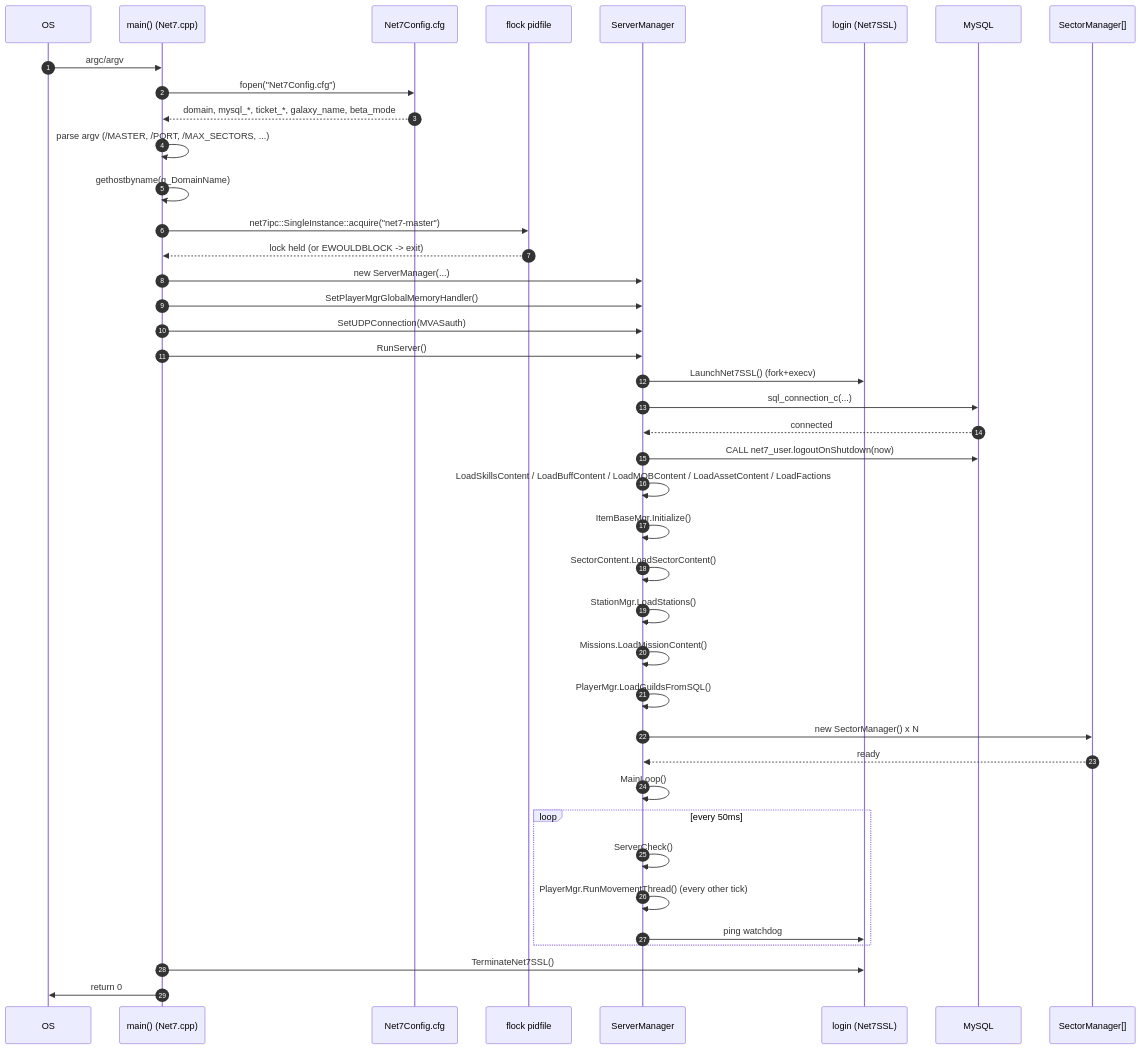
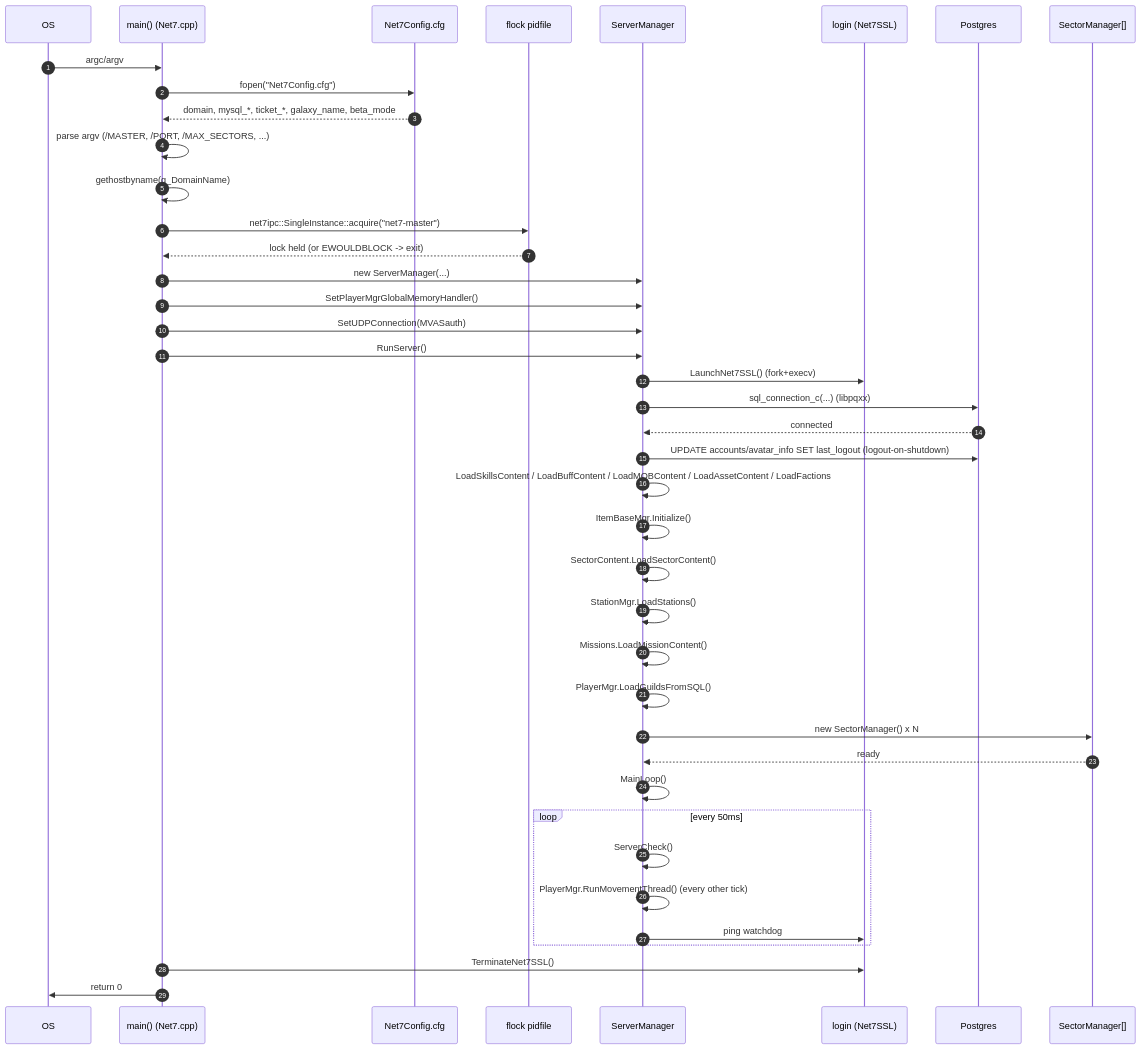
The first of 2 diagrams in docs/02-architecture.md (sigseg1v/enb-emulator), drawn with Mermaid before and after one commit. The commit also changed other lines of this file and 17 other files, not shown here.

````diff
--- a/docs/02-architecture.md
+++ b/docs/02-architecture.md
@@ -180,44 +181,44 @@
 ```mermaid
 sequenceDiagram
     autonumber
     participant OS
     participant main as main() (Net7.cpp)
     participant cfg as Net7Config.cfg
     participant Lock as flock pidfile
     participant SM as ServerManager
     participant SSL as login (Net7SSL)
-    participant MySQL as MySQL
+    participant DB as Postgres
     participant SecMgrs as SectorManager[]
 
     OS->>main: argc/argv
     main->>cfg: fopen("Net7Config.cfg")
     cfg-->>main: domain, mysql_*, ticket_*, galaxy_name, beta_mode
     main->>main: parse argv (/MASTER, /PORT, /MAX_SECTORS, ...)
     main->>main: gethostbyname(g_DomainName)
     main->>Lock: net7ipc::SingleInstance::acquire("net7-master")
     Lock-->>main: lock held (or EWOULDBLOCK -> exit)
     main->>SM: new ServerManager(...)
     main->>SM: SetPlayerMgrGlobalMemoryHandler()
     main->>SM: SetUDPConnection(MVASauth)
     main->>SM: RunServer()
     SM->>SSL: LaunchNet7SSL() (fork+execv)
-    SM->>MySQL: sql_connection_c(...)
-    MySQL-->>SM: connected
-    SM->>MySQL: CALL net7_user.logoutOnShutdown(now)
+    SM->>DB: sql_connection_c(...) (libpqxx)
+    DB-->>SM: connected
+    SM->>DB: UPDATE accounts/avatar_info SET last_logout (logout-on-shutdown)
     SM->>SM: LoadSkillsContent / LoadBuffContent / LoadMOBContent / LoadAssetContent / LoadFactions
     SM->>SM: ItemBaseMgr.Initialize()
     SM->>SM: SectorContent.LoadSectorContent()
     SM->>SM: StationMgr.LoadStations()
     SM->>SM: Missions.LoadMissionContent()
     SM->>SM: PlayerMgr.LoadGuildsFromSQL()
     SM->>SecMgrs: new SectorManager() x N
     SecMgrs-->>SM: ready
     SM->>SM: MainLoop()
     loop every 50ms
         SM->>SM: ServerCheck()
         SM->>SM: PlayerMgr.RunMovementThread() (every other tick)
         SM->>SSL: ping watchdog
     end
     main->>SSL: TerminateNet7SSL()
     main->>OS: return 0
 ```
````
